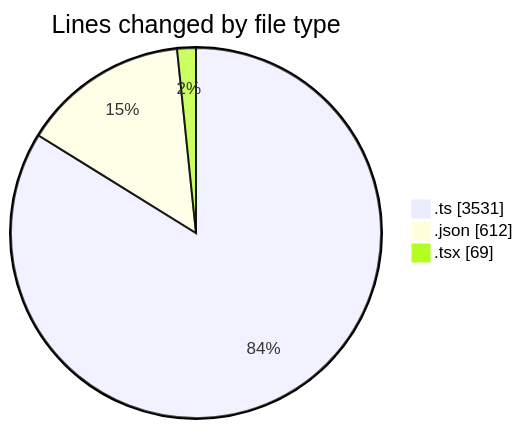
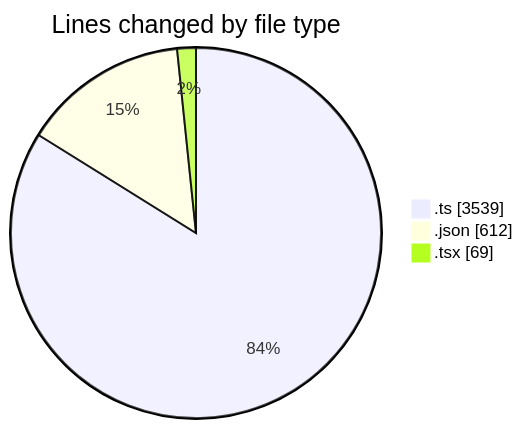
The first of 2 diagrams in 2025-10-22/cda/README.md (momahboobian/code-tracking), drawn with Mermaid before and after one commit. The commit also changed other lines of this file and 1 other file, not shown here.

````diff
--- a/2025-10-22/cda/README.md
+++ b/2025-10-22/cda/README.md
@@ -29,7 +29,7 @@
 ```mermaid
 pie showData
 title Lines changed by file type
-".ts" : 3531
+".ts" : 3539
 ".json" : 612
 ".tsx" : 69
 ```
````
